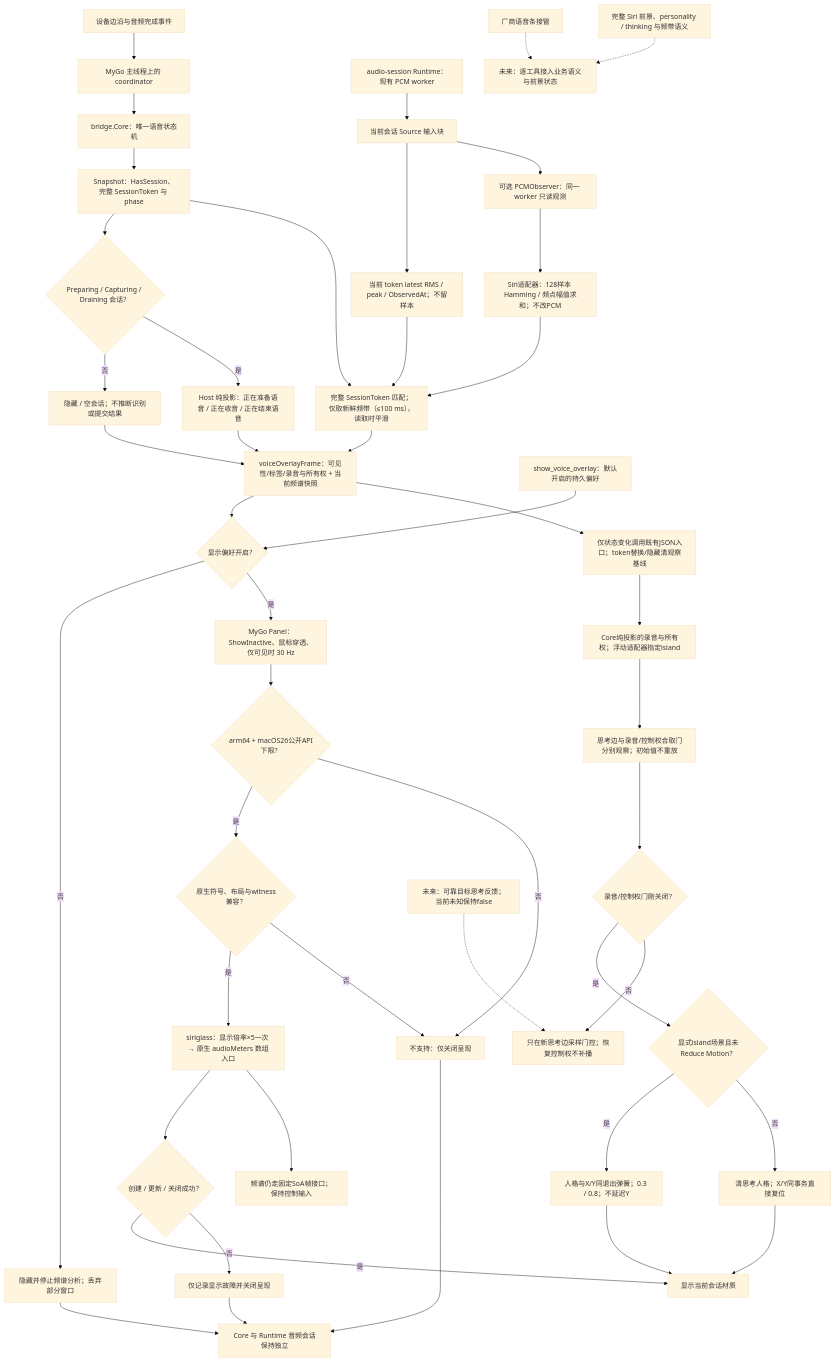
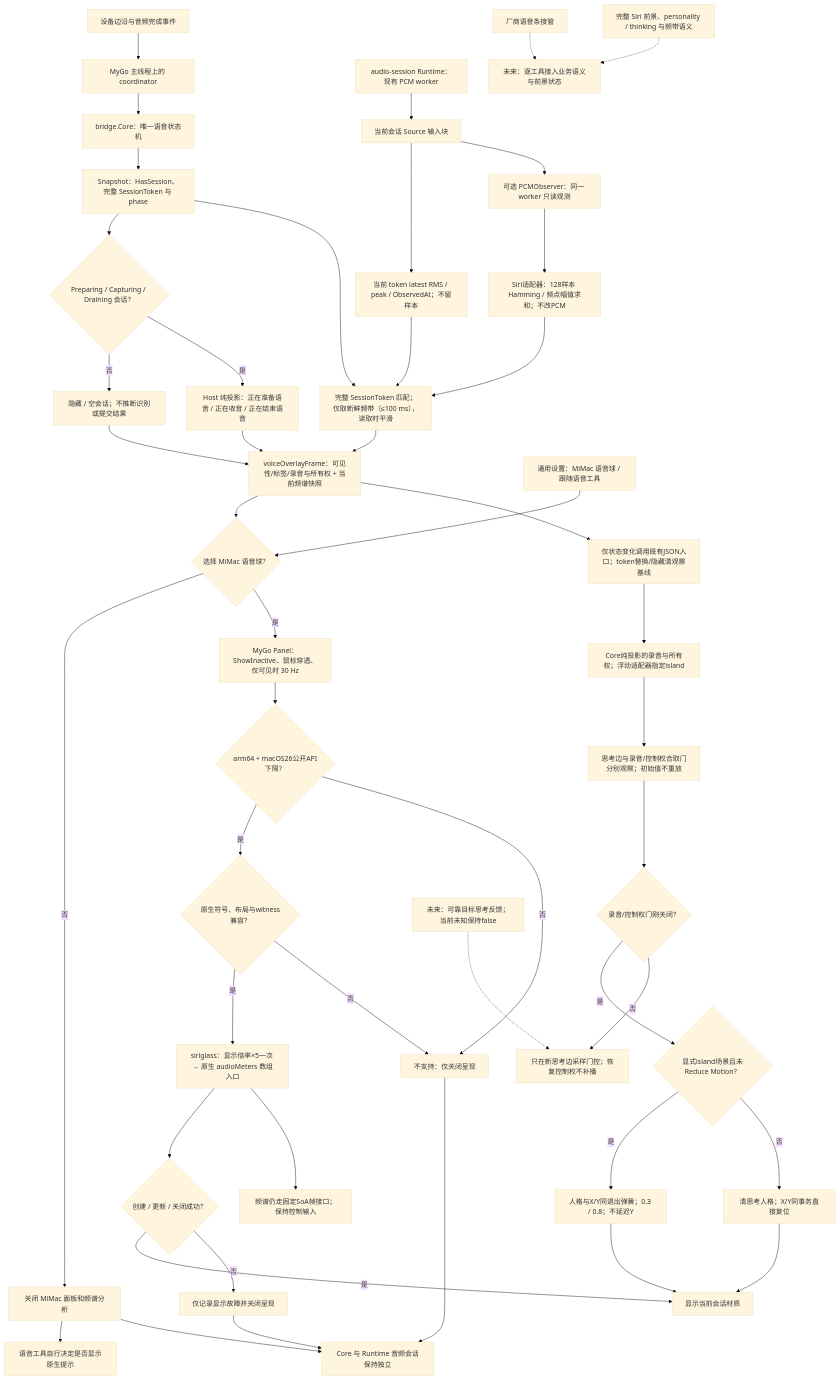
One commit to daftAI2026/MiMac changed the diagram in tools/workbench/diagrams/voice-presentation-boundary.mmd. Above: the diagram before and after it, drawn with Mermaid (base theme). The commit also changed 2 other files, not shown here.

Commit message:
feat: let users choose the voice status presentation

```diff
--- a/tools/workbench/diagrams/voice-presentation-boundary.mmd
+++ b/tools/workbench/diagrams/voice-presentation-boundary.mmd
@@ -1,50 +1,51 @@
 flowchart TD
     input["设备边沿与音频完成事件"] --> owner["MyGo 主线程上的 coordinator"]
     owner --> core["bridge.Core：唯一语音状态机"]
     core --> snapshot["Snapshot：HasSession、完整 SessionToken 与 phase"]
     snapshot --> active{"Preparing / Capturing / Draining 会话？"}
     active -->|否| idle["隐藏 / 空会话；不推断识别或提交结果"]
     active -->|是| phase["Host 纯投影：正在准备语音 / 正在收音 / 正在结束语音"]
 
     runtime["audio-session Runtime：现有 PCM worker"] --> source["当前会话 Source 输入块"]
     source --> meter["当前 token latest RMS / peak / ObservedAt；不留样本"]
     source --> observer["可选 PCMObserver：同一 worker 只读观测"]
     observer --> spectrum["Siri适配器：128样本 Hamming / 频点幅值求和；不改PCM"]
     snapshot --> match["完整 SessionToken 匹配；仅取新鲜频带（≤100 ms），读取时平滑"]
     meter --> match
     spectrum --> match
     phase --> frame["voiceOverlayFrame：可见性/标签/录音与所有权 + 当前频谱快照"]
     match --> frame
     idle --> frame
 
-    preference["show_voice_overlay：默认开启的持久偏好"] --> enabled{"显示偏好开启？"}
+    preference["通用设置：MiMac 语音球 / 跟随语音工具"] --> enabled{"选择 MiMac 语音球？"}
     frame --> enabled
-    enabled -->|否| hidden["隐藏并停止频谱分析；丢弃部分窗口"]
+    enabled -->|否| hidden["关闭 MiMac 面板和频谱分析"]
+    hidden --> toolDisplay["语音工具自行决定是否显示原生提示"]
     enabled -->|是| panel["MyGo Panel：ShowInactive、鼠标穿透、仅可见时 30 Hz"]
     panel --> gate{"arm64 + macOS26公开API下限？"}
     gate -->|是| capability{"原生符号、布局与witness兼容？"}
     capability -->|是| renderer["siriglass：显示倍率×5一次 → 原生 audioMeters 数组入口"]
     capability -->|否| unsupported
     gate -->|否| unsupported["不支持：仅关闭呈现"]
     renderer --> operation{"创建 / 更新 / 关闭成功？"}
     operation -->|是| material["显示当前会话材质"]
     operation -->|否| failure["仅记录显示故障并关闭呈现"]
     hidden --> audio["Core 与 Runtime 音频会话保持独立"]
     unsupported --> audio
     failure --> audio
 
     vendor["厂商语音条接管"] -.-> future["未来：逐工具接入业务语义与前景状态"]
     siri["完整 Siri 前景、personality / thinking 与频带语义"] -.-> future
 
     explicit["Core纯投影的录音与所有权；浮动适配器指定island"] --> nativeEdges["思考边与录音/控制权合取门分别观察；初始值不重放"]
     frame --> controls["仅状态变化调用既有JSON入口；token替换/隐藏清观察基线"]
     controls --> explicit
     renderer --> arrays["频谱仍走固定SoA帧接口；保持控制输入"]
     nativeEdges --> exitGate{"录音/控制权门刚关闭？"}
     exitGate -->|是| exitScene{"显式island场景且未Reduce Motion？"}
     exitScene -->|是| resetAnimated["人格与X/Y同退出弹簧；0.3 / 0.8；不延迟Y"]
     exitScene -->|否| reset["清思考人格；X/Y同事务直接复位"]
     exitGate -->|否| thinkEdge["只在新思考边采样门控；恢复控制权不补播"]
     reset --> material
     resetAnimated --> material
     target["未来：可靠目标思考反馈；当前未知保持false"] -.-> thinkEdge
```
